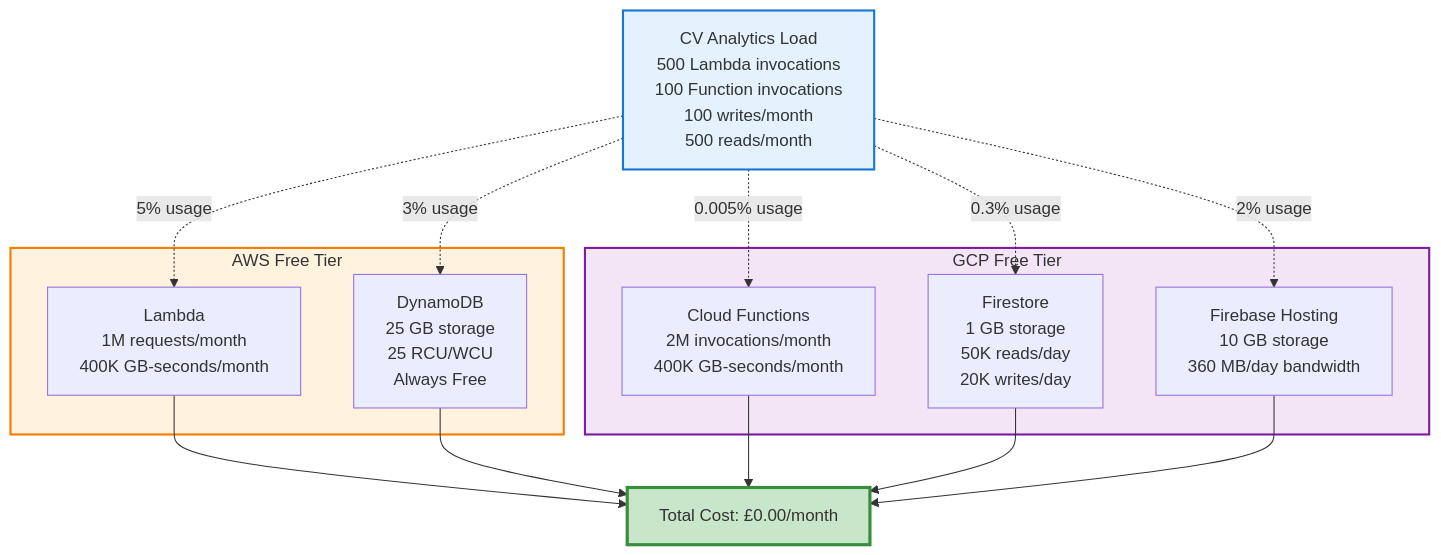
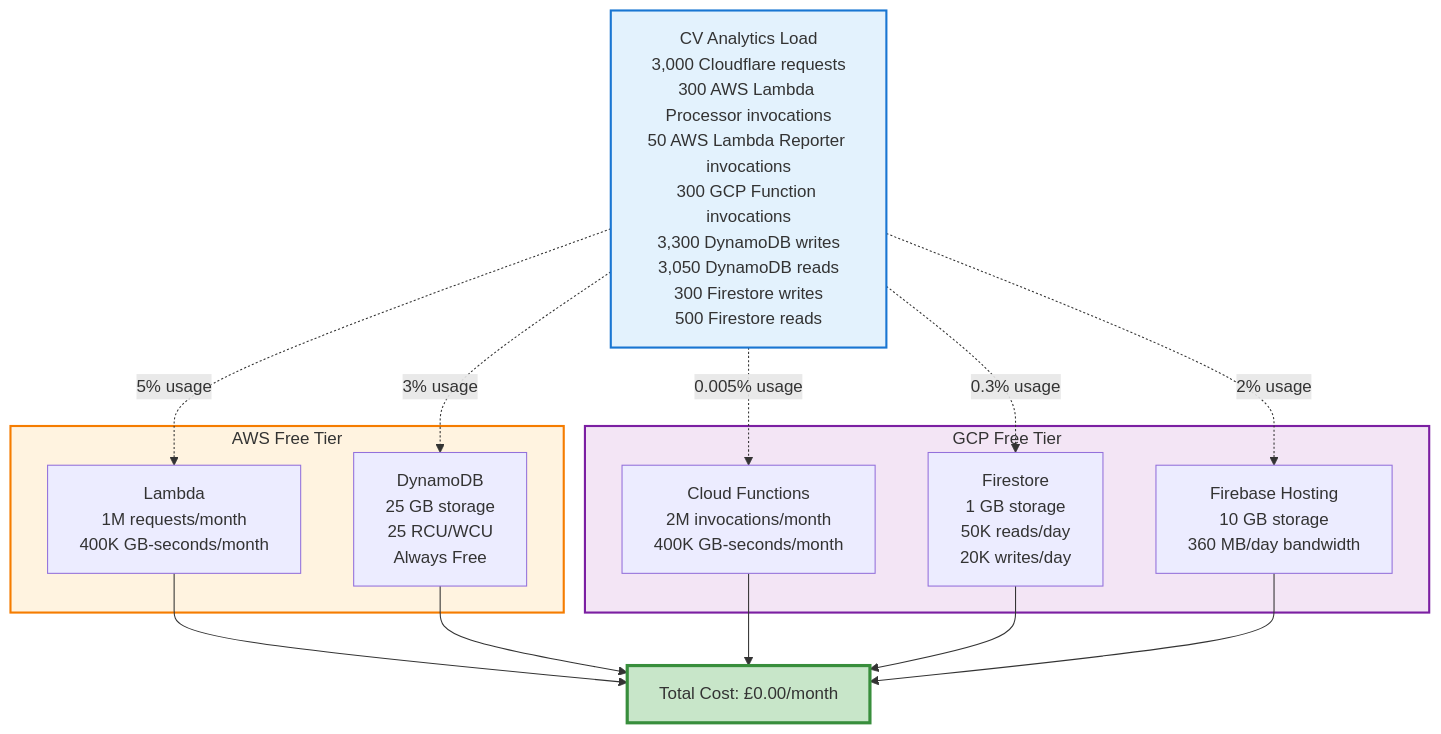
One commit to josejalvarezm/cv-ai-agent changed the first of 7 diagrams in gcp-blog/08-cost-optimization.md. Above: the diagram before and after it, drawn with Mermaid. The commit also changed other lines of this file and 2 other files, not shown here.

````diff
--- a/gcp-blog/08-cost-optimization.md
+++ b/gcp-blog/08-cost-optimization.md
@@ -184,34 +245,34 @@
 ```mermaid
 graph TB
     subgraph AWS["AWS Free Tier"]
         L["Lambda<br/>1M requests/month<br/>400K GB-seconds/month"]
         D["DynamoDB<br/>25 GB storage<br/>25 RCU/WCU<br/>Always Free"]
     end
     
     subgraph GCP["GCP Free Tier"]
         C["Cloud Functions<br/>2M invocations/month<br/>400K GB-seconds/month"]
         F["Firestore<br/>1 GB storage<br/>50K reads/day<br/>20K writes/day"]
         H["Firebase Hosting<br/>10 GB storage<br/>360 MB/day bandwidth"]
     end
     
-    LOAD["CV Analytics Load<br/>500 Lambda invocations<br/>100 Function invocations<br/>100 writes/month<br/>500 reads/month"]
+    LOAD["CV Analytics Load<br/>3,000 Cloudflare requests<br/>300 AWS Lambda Processor invocations<br/>50 AWS Lambda Reporter invocations<br/>300 GCP Function invocations<br/>3,300 DynamoDB writes<br/>3,050 DynamoDB reads<br/>300 Firestore writes<br/>500 Firestore reads"]
     
     LOAD -.->|5% usage| L
     LOAD -.->|3% usage| D
     LOAD -.->|0.005% usage| C
     LOAD -.->|0.3% usage| F
     LOAD -.->|2% usage| H
     
     RESULT["Total Cost: £0.00/month"]
     
     L --> RESULT
     D --> RESULT
     C --> RESULT
     F --> RESULT
     H --> RESULT
     
     style LOAD fill:#e3f2fd,stroke:#1976d2,stroke-width:2px
     style RESULT fill:#c8e6c9,stroke:#388e3c,stroke-width:3px
     style AWS fill:#fff3e0,stroke:#f57c00,stroke-width:2px
     style GCP fill:#f3e5f5,stroke:#7b1fa2,stroke-width:2px
 ```
````
